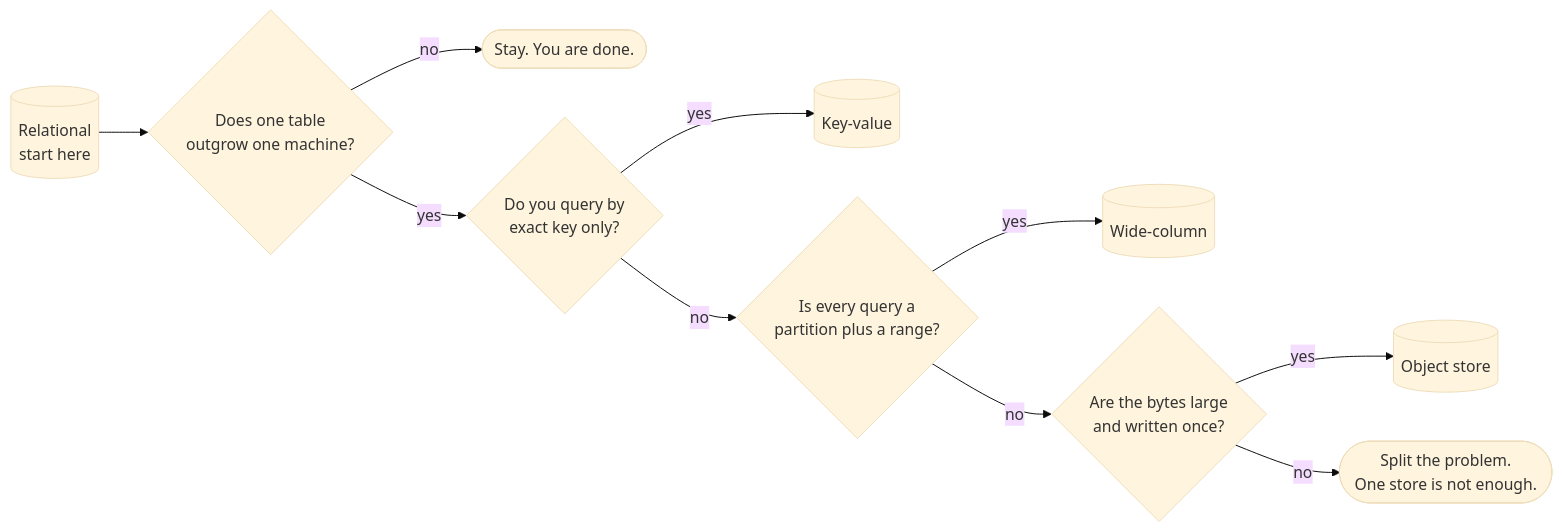
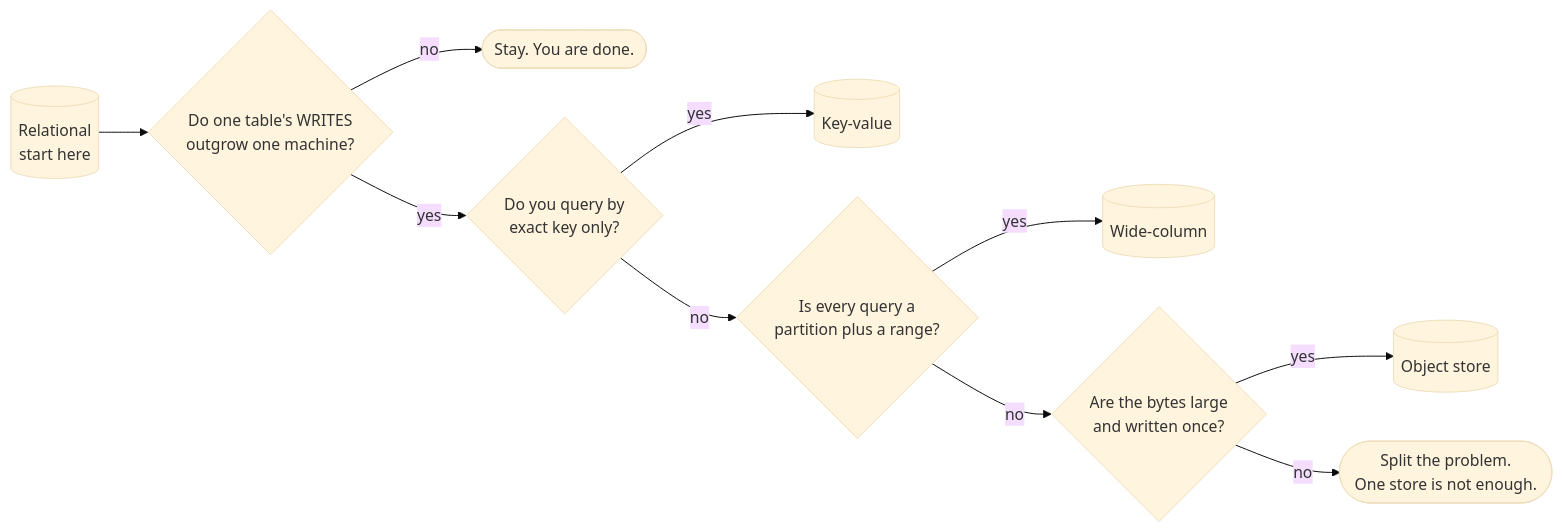
Before and after one commit to Laticent/lattice: the fifth of 19 diagrams in examples/system-design-foundations.md, drawn with Mermaid (base theme). The commit also changed other lines of this file and 1 other file, not shown here.

````diff
--- a/examples/system-design-foundations.md
+++ b/examples/system-design-foundations.md
@@ -844,12 +844,12 @@
 ```mermaid
 flowchart LR
-  REL[("Relational<br/>start here")] --> Q1{"Does one table<br/>outgrow one machine?"}
+  REL[("Relational<br/>start here")] --> Q1{"Do one table's WRITES<br/>outgrow one machine?"}
   Q1 -->|"no"| STAY(["Stay. You are done."])
   Q1 -->|"yes"| Q2{"Do you query by<br/>exact key only?"}
   Q2 -->|"yes"| KV[("Key-value")]
   Q2 -->|"no"| Q3{"Is every query a<br/>partition plus a range?"}
   Q3 -->|"yes"| WC[("Wide-column")]
   Q3 -->|"no"| Q4{"Are the bytes large<br/>and written once?"}
   Q4 -->|"yes"| OS[("Object store")]
   Q4 -->|"no"| SPLIT(["Split the problem.<br/>One store is not enough."])
 ```
````
